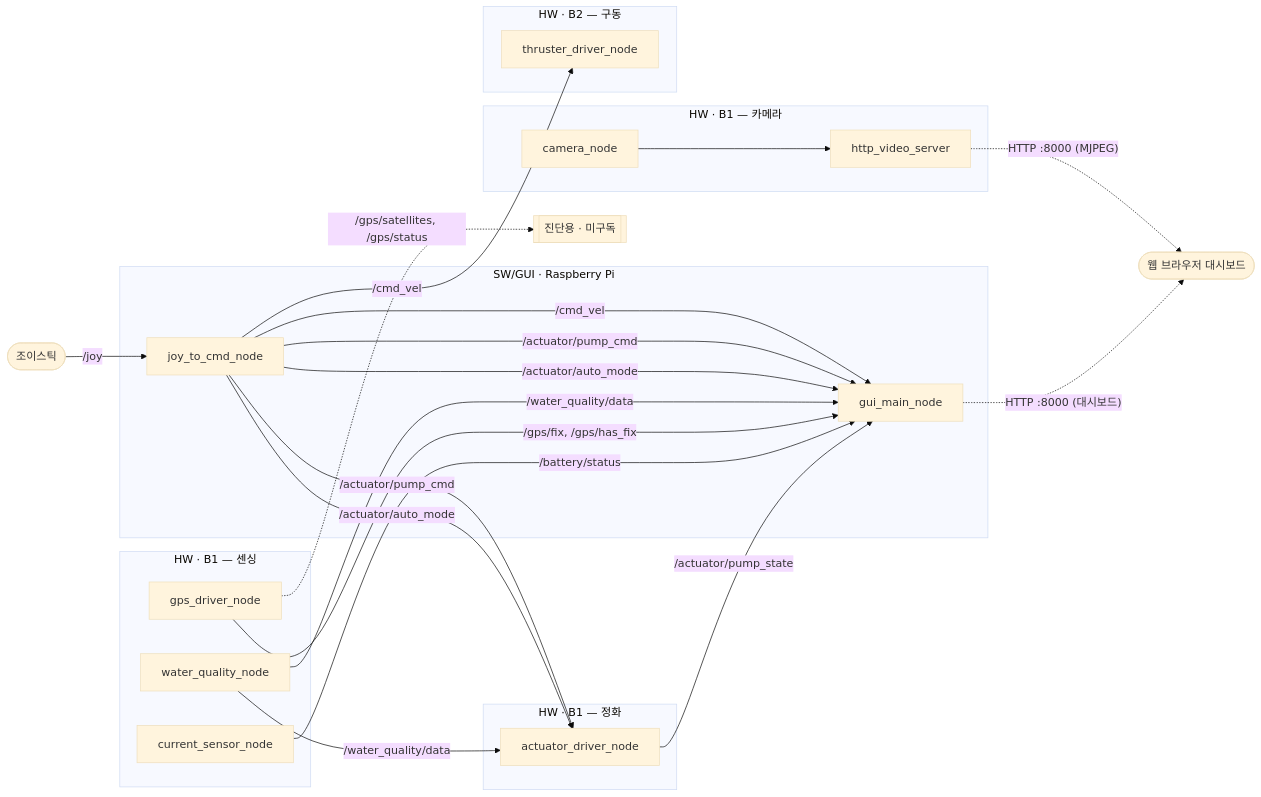
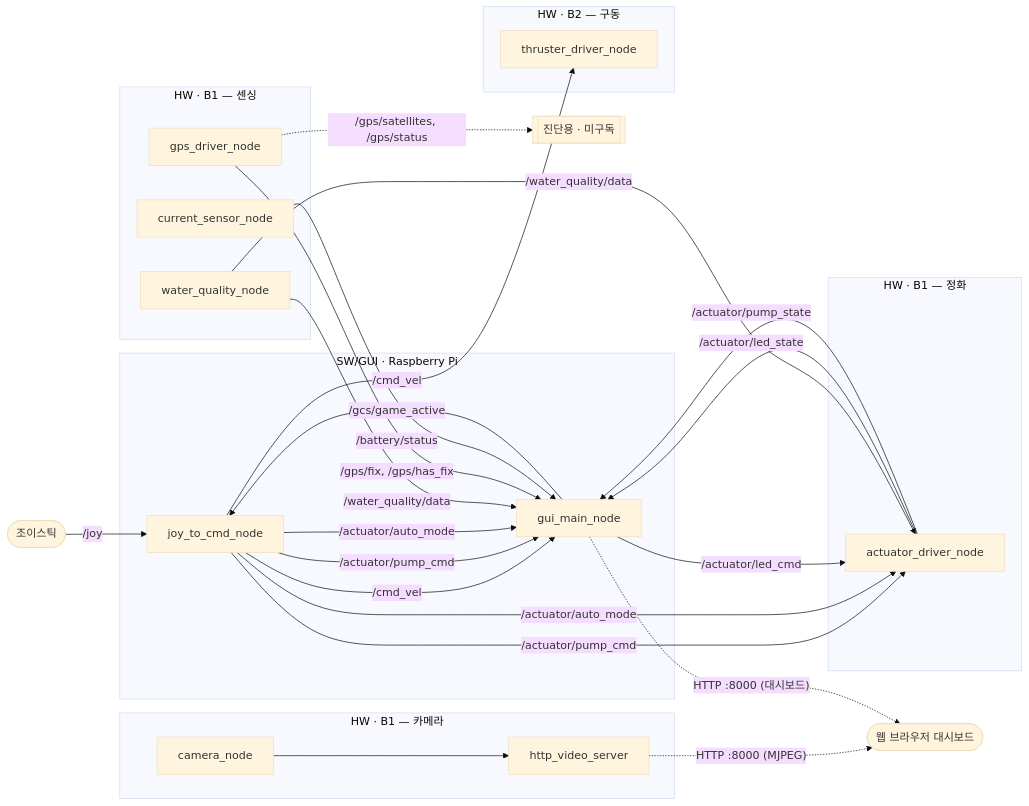
The diagram in README.md (gwakminji/6can_usv_ws), drawn with Mermaid (base theme) before and after one commit. The commit also changed other lines of this file and 3 other files, not shown here.

Commit message:
[feat:gcs] 게임 진행 중에만 펌프/자동모드/LED 작동, 종료시 상태 초기화

````diff
--- a/README.md
+++ b/README.md
@@ -60,49 +68,52 @@
 ```mermaid
 flowchart LR
   JOY([조이스틱]) -->|/joy| J2C
   BROWSER([웹 브라우저 대시보드])
   DIAG[[진단용 · 미구독]]
 
   subgraph GCS["SW/GUI · Raspberry Pi"]
     J2C[joy_to_cmd_node]
     GUI[gui_main_node]
   end
 
   subgraph B1S["HW · B1 — 센싱"]
     WQN[water_quality_node]
     GPSN[gps_driver_node]
     CSN[current_sensor_node]
   end
 
   subgraph B1C["HW · B1 — 카메라"]
     CAMN[camera_node]
     HVS[http_video_server]
   end
 
   subgraph B1A["HW · B1 — 정화"]
     ACT[actuator_driver_node]
   end
 
   subgraph B2["HW · B2 — 구동"]
     THR[thruster_driver_node]
   end
 
   J2C -->|/cmd_vel| GUI
   J2C -->|/cmd_vel| THR
   J2C -->|/actuator/pump_cmd| GUI
   J2C -->|/actuator/pump_cmd| ACT
   J2C -->|/actuator/auto_mode| GUI
   J2C -->|/actuator/auto_mode| ACT
+  GUI -->|/gcs/game_active| J2C
+  GUI -->|/actuator/led_cmd| ACT
+  ACT -->|/actuator/led_state| GUI
 
   WQN -->|/water_quality/data| GUI
   WQN -->|/water_quality/data| ACT
   GPSN -->|/gps/fix, /gps/has_fix| GUI
   GPSN -.->|/gps/satellites, /gps/status| DIAG
   CSN -->|/battery/status| GUI
 
   CAMN --> HVS
   HVS -. "HTTP :8000 (MJPEG)" .-> BROWSER
   GUI -. "HTTP :8000 (대시보드)" .-> BROWSER
 
   ACT -->|/actuator/pump_state| GUI
 ```
````
